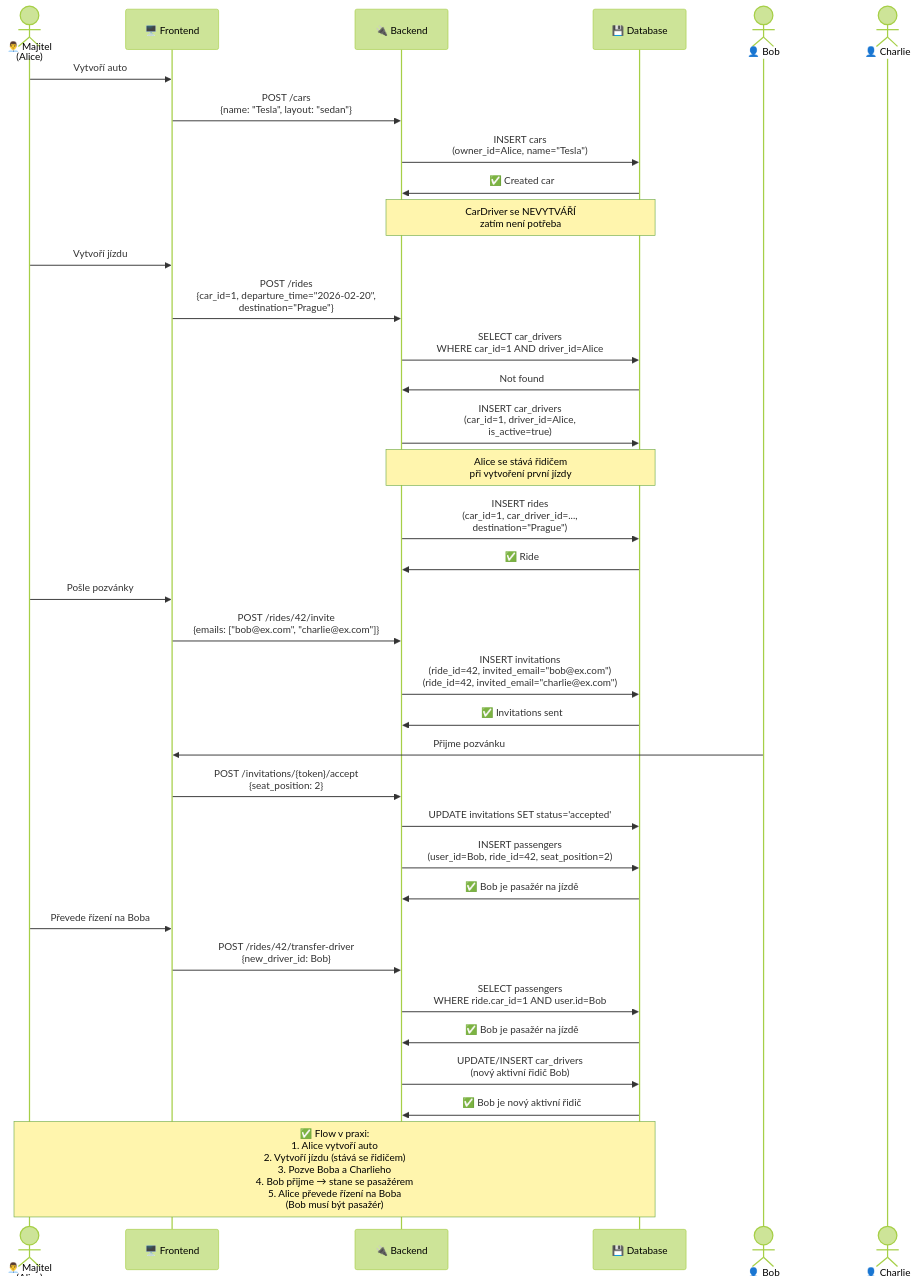
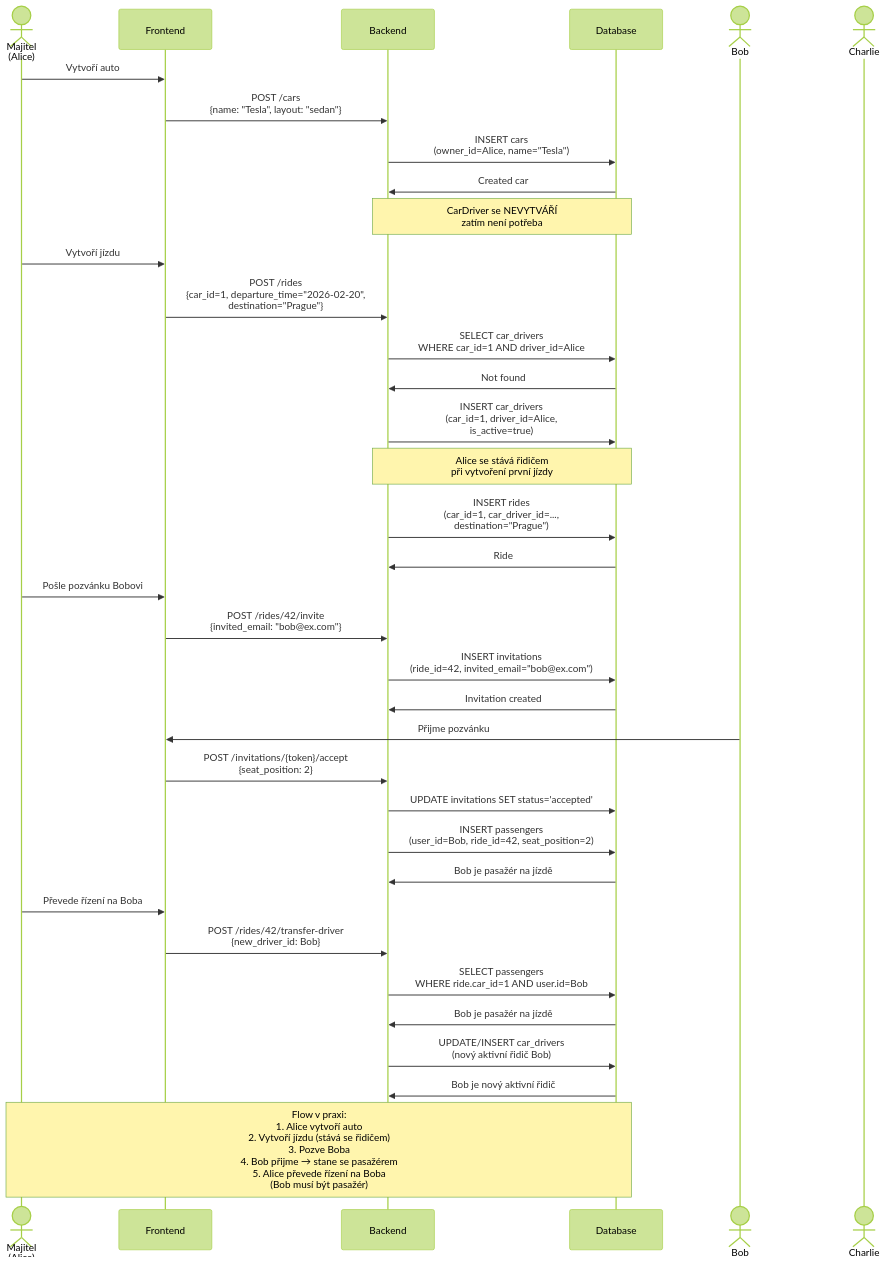
Before and after one commit to matthewjezek/Sitzy: the diagram in diagrams/04_sequence_multiple_cars.md, drawn with Mermaid (forest theme). The commit also changed other lines of this file and 9 other files, not shown here.

````diff
--- a/diagrams/04_sequence_multiple_cars.md
+++ b/diagrams/04_sequence_multiple_cars.md
@@ -3,44 +3,44 @@
 ```mermaid
 sequenceDiagram
-    actor Alice as 👨‍💼 Majitel<br/>(Alice)
-    participant Frontend as 🖥️ Frontend
-    participant Backend as 🔌 Backend
-    participant Database as 💾 Database
-    actor Bob as 👤 Bob
-    actor Charlie as 👤 Charlie
+    actor Alice as Majitel<br/>(Alice)
+    participant Frontend as Frontend
+    participant Backend as Backend
+    participant Database as Database
+    actor Bob as Bob
+    actor Charlie as Charlie
 
     Alice->>Frontend: Vytvoří auto #1
     Frontend->>Backend: POST /cars<br/>{name: "Tesla", layout: "sedan"}
     Backend->>Database: INSERT cars<br/>(owner_id=Alice, name="Tesla")
-    Database->>Backend: ✅ Created car #1
+    Database->>Backend: Created car #1
     Note over Backend,Database: CarDriver se NEVYTVÁŘÍ<br/>zatím není potřeba
 
     Alice->>Frontend: Vytvoří jízdu
     Frontend->>Backend: POST /rides<br/>{car_id=1, departure_time="2026-02-20",<br/>destination="Prague"}
     Backend->>Database: SELECT car_drivers<br/>WHERE car_id=1 AND driver_id=Alice
     Database->>Backend: Not found
     Backend->>Database: INSERT car_drivers<br/>(car_id=1, driver_id=Alice,<br/>is_active=true)
     Note over Backend,Database: Alice se stává řidičem<br/>při vytvoření první jízdy
     Backend->>Database: INSERT rides<br/>(car_id=1, car_driver_id=...,<br/>destination="Prague")
-    Database->>Backend: ✅ Ride #42 created<br/>(Alice je řidič)
+    Database->>Backend: Ride #42 created<br/>(Alice je řidič)
 
-    Alice->>Frontend: Pošle pozvánky
-    Frontend->>Backend: POST /rides/42/invite<br/>{emails: ["bob@ex.com", "charlie@ex.com"]}
-    Backend->>Database: INSERT invitations<br/>(ride_id=42, invited_email="bob@ex.com")<br/>(ride_id=42, invited_email="charlie@ex.com")
-    Database->>Backend: ✅ Invitations sent
+    Alice->>Frontend: Pošle pozvánku Bobovi
+    Frontend->>Backend: POST /rides/42/invite<br/>{invited_email: "bob@ex.com"}
+    Backend->>Database: INSERT invitations<br/>(ride_id=42, invited_email="bob@ex.com")
+    Database->>Backend: Invitation created
 
     Bob->>Frontend: Přijme pozvánku
     Frontend->>Backend: POST /invitations/{token}/accept<br/>{seat_position: 2}
     Backend->>Database: UPDATE invitations SET status='accepted'
     Backend->>Database: INSERT passengers<br/>(user_id=Bob, ride_id=42, seat_position=2)
-    Database->>Backend: ✅ Bob je pasažér na jízdě
+    Database->>Backend: Bob je pasažér na jízdě
 
     Alice->>Frontend: Převede řízení na Boba
     Frontend->>Backend: POST /rides/42/transfer-driver<br/>{new_driver_id: Bob}
     Backend->>Database: SELECT passengers<br/>WHERE ride.car_id=1 AND user.id=Bob
-    Database->>Backend: ✅ Bob je pasažér na jízdě
+    Database->>Backend: Bob je pasažér na jízdě
     Backend->>Database: UPDATE/INSERT car_drivers<br/>(nový aktivní řidič Bob)
-    Database->>Backend: ✅ Bob je nový aktivní řidič
+    Database->>Backend: Bob je nový aktivní řidič
 
-    Note over Alice,Database: ✅ Flow v praxi:<br/>1. Alice vytvoří auto<br/>2. Vytvoří jízdu (stává se řidičem)<br/>3. Pozve Boba a Charlieho<br/>4. Bob přijme → stane se pasažérem<br/>5. Alice převede řízení na Boba<br/>(Bob musí být pasažér)
+    Note over Alice,Database: Flow v praxi:<br/>1. Alice vytvoří auto<br/>2. Vytvoří jízdu (stává se řidičem)<br/>3. Pozve Boba<br/>4. Bob přijme → stane se pasažérem<br/>5. Alice převede řízení na Boba<br/>(Bob musí být pasažér)
 ```
````
